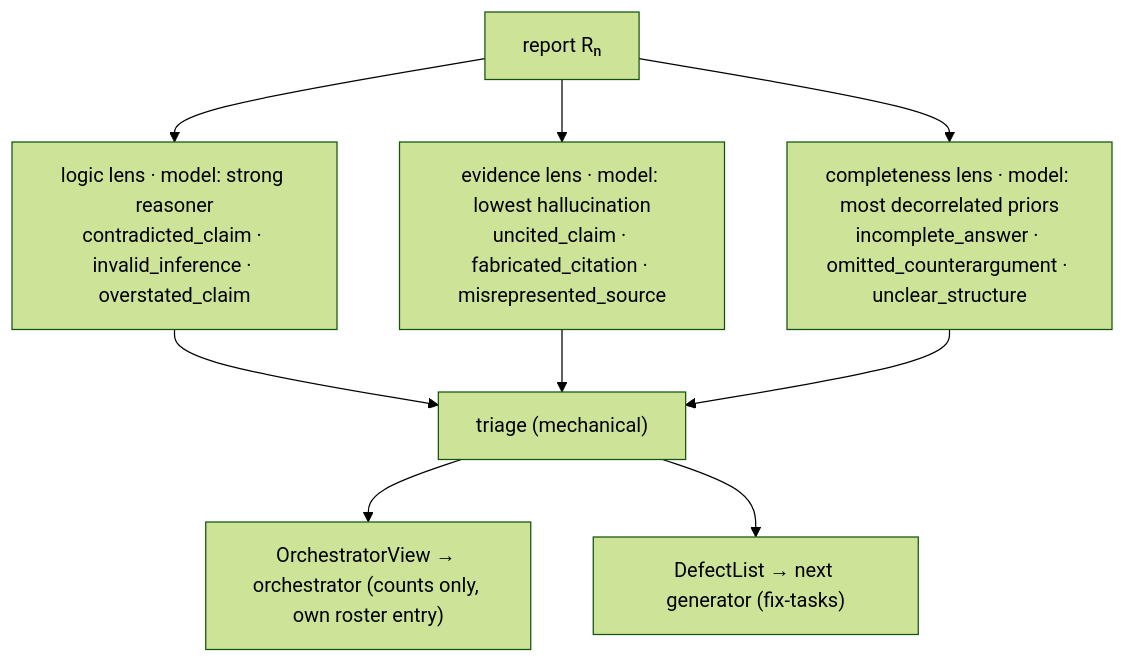
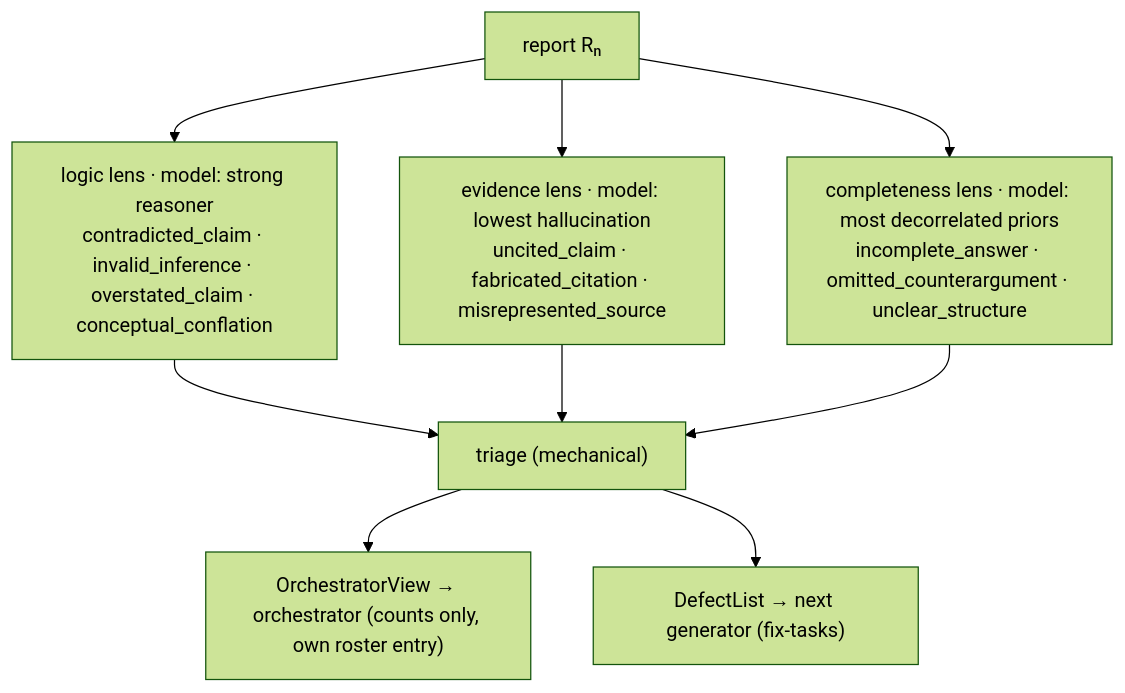
The second of 5 diagrams in docs/architecture.md (NickBorgers/reasonable-answer), drawn with Mermaid (forest theme) before and after one commit. The commit also changed 17 other files, not shown here.

````diff
--- a/docs/architecture.md
+++ b/docs/architecture.md
@@ -79,11 +79,11 @@
 ```mermaid
 flowchart TD
-    R["report Rₙ"] --> L1["logic lens · model: strong reasoner<br/>contradicted_claim · invalid_inference · overstated_claim"]
+    R["report Rₙ"] --> L1["logic lens · model: strong reasoner<br/>contradicted_claim · invalid_inference · overstated_claim · conceptual_conflation"]
     R --> L2["evidence lens · model: lowest hallucination<br/>uncited_claim · fabricated_citation · misrepresented_source"]
     R --> L3["completeness lens · model: most decorrelated priors<br/>incomplete_answer · omitted_counterargument · unclear_structure"]
     L1 --> TR["triage (mechanical)"]
     L2 --> TR
     L3 --> TR
     TR --> SR["OrchestratorView → orchestrator (counts only, own roster entry)"]
     TR --> DL["DefectList → next generator (fix-tasks)"]
 ```
````
